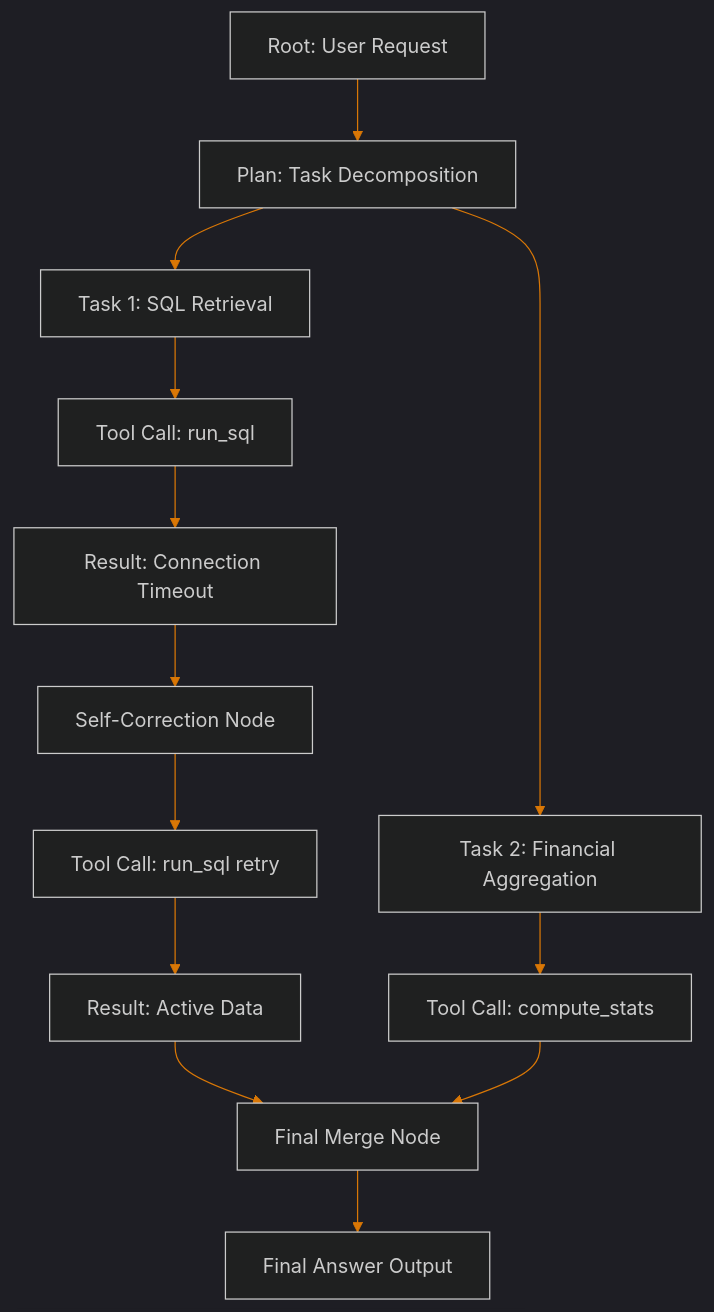
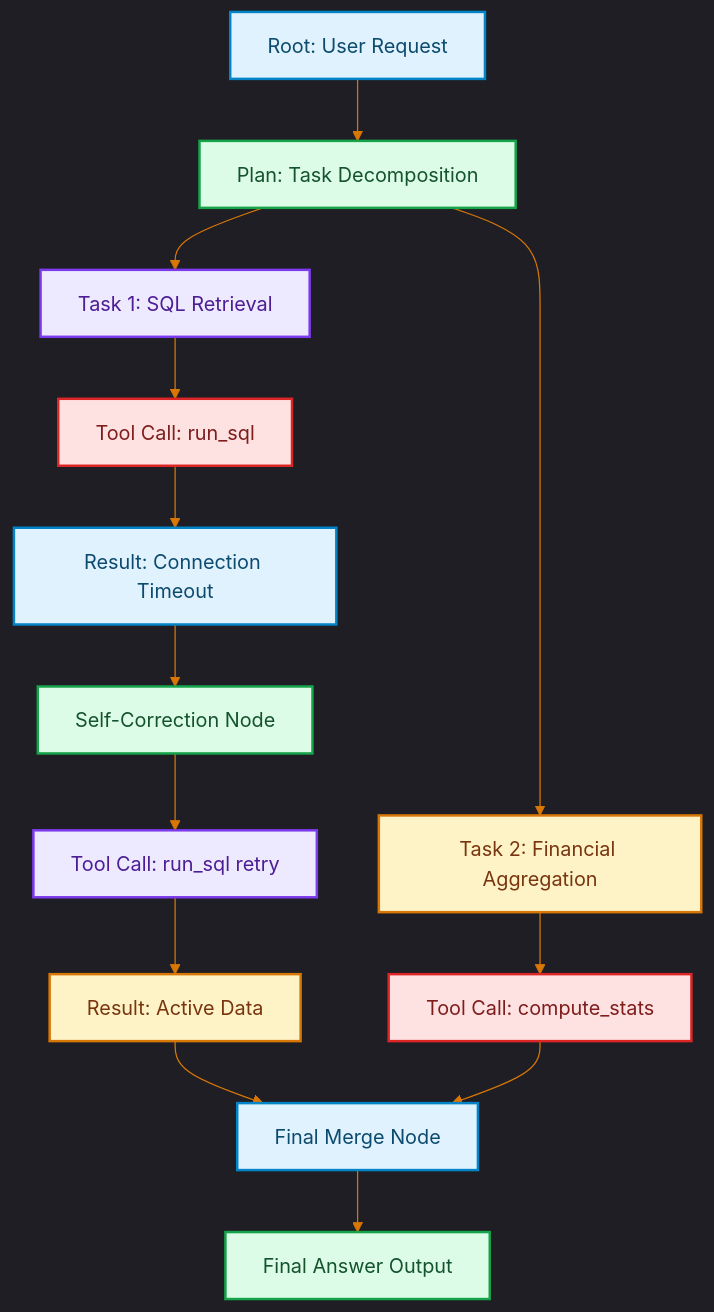
The diagram in blog/posts/agentic-lineage-audit-trails-observability.md (akmalkhaniub/akmalkhaniub.github.io), drawn with Mermaid before and after one commit. The commit also changed other lines of this file and 1291 other files, not shown here.

First line of the commit message:
feat(catalog): unique covers, scholarly references, and diagram palettes

````diff
--- a/blog/posts/agentic-lineage-audit-trails-observability.md
+++ b/blog/posts/agentic-lineage-audit-trails-observability.md
@@ -18,20 +18,31 @@
 ```mermaid
 %%{init: {'theme': 'dark', 'themeVariables': { 'primaryColor': '#d97706', 'primaryTextColor': '#f3f4f6', 'primaryBorderColor': '#f59e0b', 'lineColor': '#d97706', 'secondaryColor': '#111827', 'tertiaryColor': '#0b0f19'}}}%%
 flowchart TD
-    Root[Root: User Request] --> Plan[Plan: Task Decomposition]
-    Plan --> SubTask1[Task 1: SQL Retrieval]
-    Plan --> SubTask2[Task 2: Financial Aggregation]
+    Root["Root: User Request"] --> Plan["Plan: Task Decomposition"]
+    Plan --> SubTask1["Task 1: SQL Retrieval"]
+    Plan --> SubTask2["Task 2: Financial Aggregation"]
     
-    SubTask1 --> ToolCall1[Tool Call: run_sql]
-    ToolCall1 --> ToolResult1[Result: Connection Timeout]
+    SubTask1 --> ToolCall1["Tool Call: run_sql"]
+    ToolCall1 --> ToolResult1["Result: Connection Timeout"]
     
-    ToolResult1 --> SelfReflect[Self-Correction Node]
-    SelfReflect --> ToolCall2[Tool Call: run_sql retry]
-    ToolCall2 --> ToolResult2[Result: Active Data]
+    ToolResult1 --> SelfReflect["Self-Correction Node"]
+    SelfReflect --> ToolCall2["Tool Call: run_sql retry"]
+    ToolCall2 --> ToolResult2["Result: Active Data"]
     
-    SubTask2 --> Aggregator[Tool Call: compute_stats]
+    SubTask2 --> Aggregator["Tool Call: compute_stats"]
     
-    ToolResult2 --> Merge[Final Merge Node]
+    ToolResult2 --> Merge["Final Merge Node"]
     Aggregator --> Merge
-    Merge --> FinalOutput[Final Answer Output]
+    Merge --> FinalOutput["Final Answer Output"]
+
+classDef green fill:#dcfce7,stroke:#16a34a,stroke-width:2px,color:#14532d;
+classDef red fill:#fee2e2,stroke:#dc2626,stroke-width:2px,color:#7f1d1d;
+classDef blue fill:#e0f2fe,stroke:#0284c7,stroke-width:2px,color:#0c4a6e;
+classDef yellow fill:#fef3c7,stroke:#d97706,stroke-width:2px,color:#78350f;
+classDef purple fill:#ede9fe,stroke:#7c3aed,stroke-width:2px,color:#4c1d95;
+class Root,ToolResult1,Merge blue
+class Plan,SelfReflect,FinalOutput green
+class SubTask1,ToolCall2 purple
+class SubTask2,ToolResult2 yellow
+class ToolCall1,Aggregator red
 ```
````
